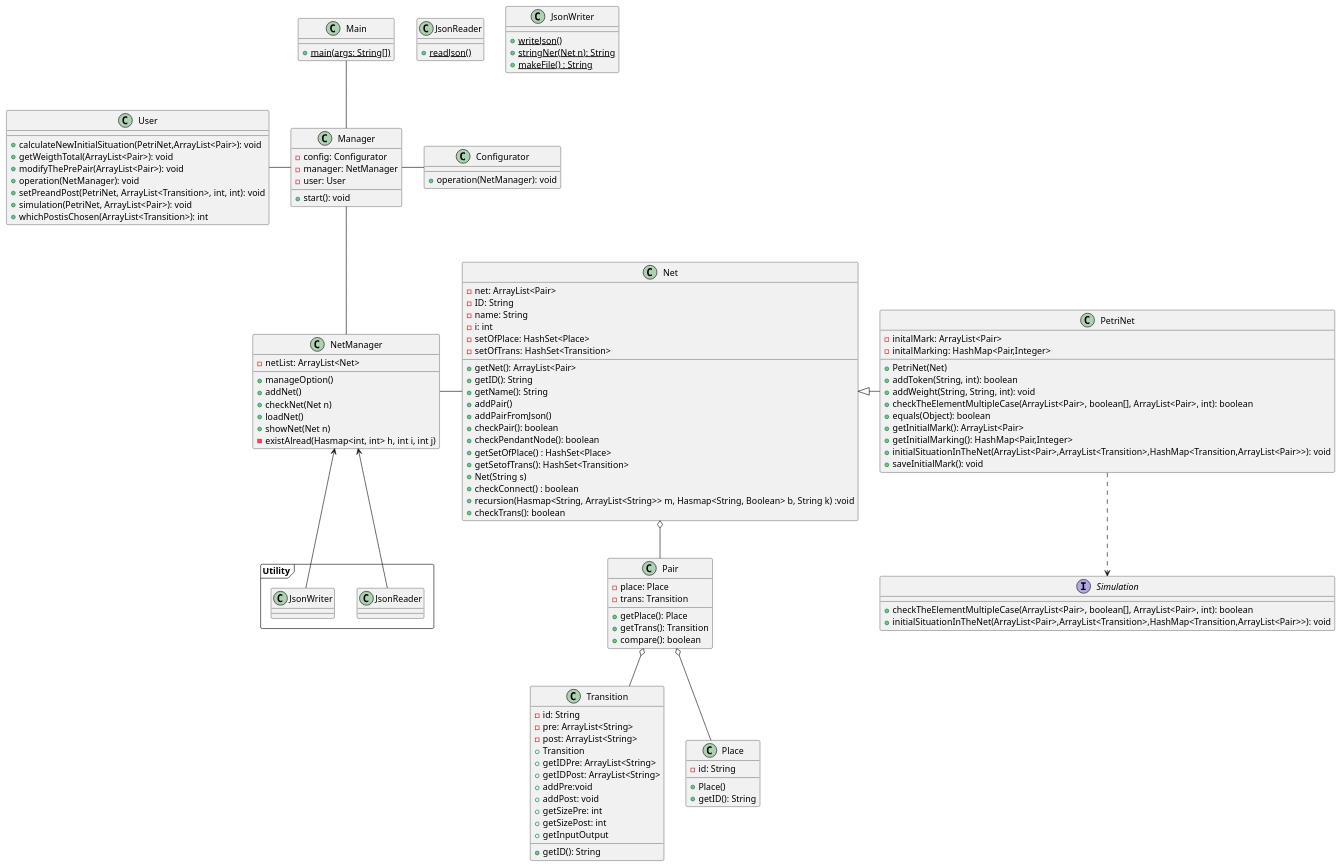
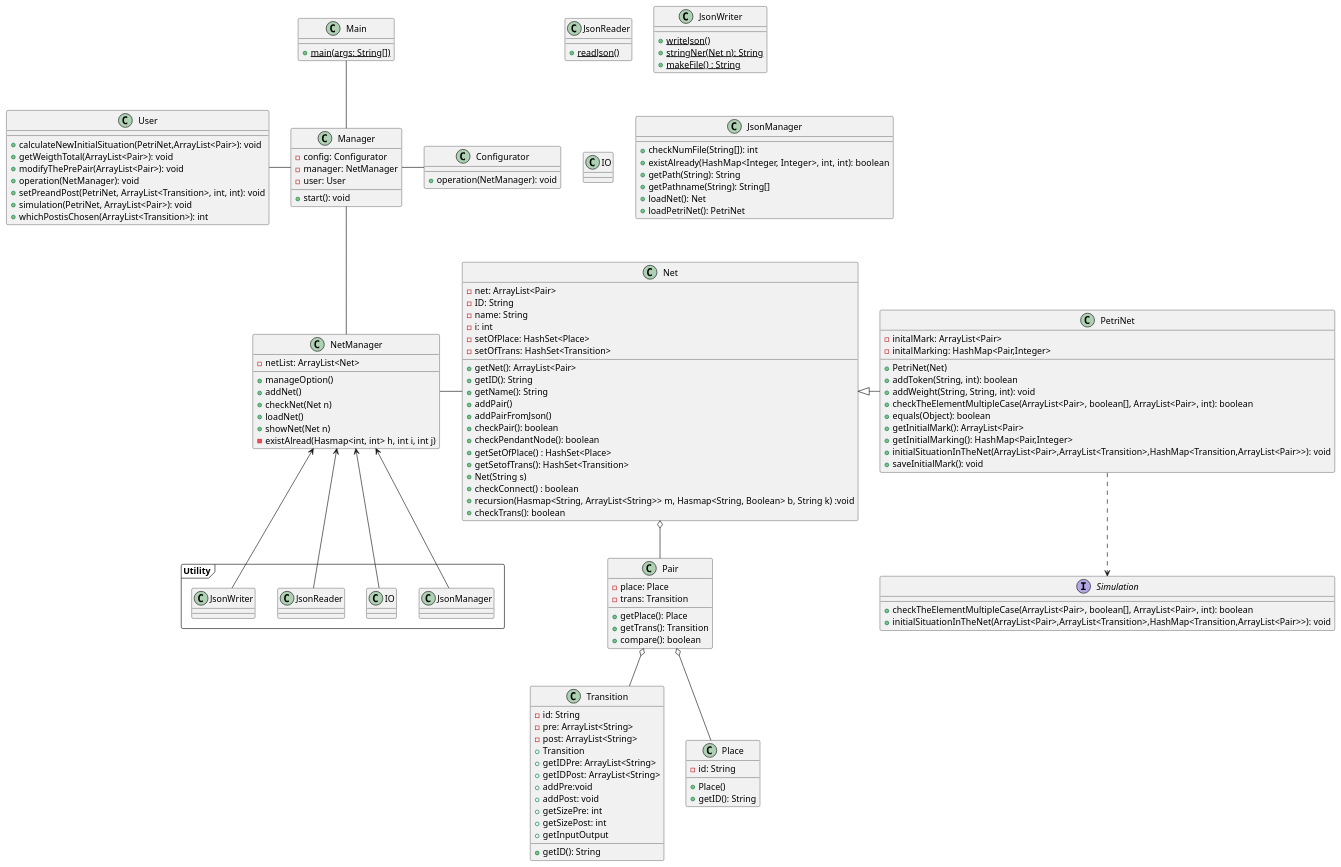
The diagram in UML_v3.puml (ilNick99/Project_IS_v3), drawn with PlantUML before and after one commit. The commit also changed 4 other files, not shown here.

Commit message:
Completata java doc dei metodi utility e aggiornato l'uml

```diff
--- a/UML_v3.puml
+++ b/UML_v3.puml
@@ -1,133 +1,147 @@
 @startuml
 
 Main -- Manager
 Manager -Left- User
 Manager -- NetManager
 Manager -Right- Configurator
 NetManager -Right- Net
 Net <|-Right- PetriNet
 PetriNet ..> Simulation
 Net o-Down- Pair
 Pair o-- Transition
 Pair o-- Place
 package Utility <<frame>>{
 NetManager <-- JsonReader
 NetManager <-- JsonWriter
+NetManager <- JsonManager
+NetManager <-Left- IO
 }
 class Main {
 + {static} main(args: String[])
 }
 
 class Net {
 - net: ArrayList<Pair>
 - ID: String
 - name: String
 - i: int
 - setOfPlace: HashSet<Place>
 - setOfTrans: HashSet<Transition>
 + getNet(): ArrayList<Pair>
 + getID(): String
 + getName(): String
 + addPair()
 + addPairFromJson()
 + checkPair(): boolean
 + checkPendantNode(): boolean
 + getSetOfPlace() : HashSet<Place>
 + getSetofTrans(): HashSet<Transition>
 + Net(String s)
 + checkConnect() : boolean
 + recursion(Hasmap<String, ArrayList<String>> m, Hasmap<String, Boolean> b, String k) :void
 + checkTrans(): boolean
 }
 
 class NetManager {
 - netList: ArrayList<Net>
 + manageOption()
 + addNet()
 + checkNet(Net n)
 + loadNet()
 + showNet(Net n)
 - existAlread(Hasmap<int, int> h, int i, int j)
 
 }
 
 class Pair {
 - place: Place
 - trans: Transition
 + getPlace(): Place
 + getTrans(): Transition
 + compare(): boolean
 }
 
 class Place {
 - id: String
 + Place()
 + getID(): String
 }
 
 class Transition {
 - id: String
 -pre: ArrayList<String>
 -post: ArrayList<String>
 + getID(): String
 + Transition
 + getIDPre: ArrayList<String>
 + getIDPost: ArrayList<String>
 + addPre:void
 + addPost: void
 + getSizePre: int
 + getSizePost: int
 + getInputOutput
 }
 
 class JsonReader {
 + {static} readJson()
 }
 
 class JsonWriter {
 + {static} writeJson()
 + {static} stringNer(Net n): String
 + {static} makeFile() : String
 }
 
 class PetriNet {
 - initalMark: ArrayList<Pair>
 - initalMarking: HashMap<Pair,Integer>
 + PetriNet(Net)
 + addToken(String, int): boolean
 + addWeight(String, String, int): void
 + checkTheElementMultipleCase(ArrayList<Pair>, boolean[], ArrayList<Pair>, int): boolean
 + equals(Object): boolean
 + getInitialMark(): ArrayList<Pair>
 + getInitialMarking(): HashMap<Pair,Integer>
 + initialSituationInTheNet(ArrayList<Pair>,ArrayList<Transition>,HashMap<Transition,ArrayList<Pair>>): void
 + saveInitialMark(): void
 }
 
 interface Simulation {
 + checkTheElementMultipleCase(ArrayList<Pair>, boolean[], ArrayList<Pair>, int): boolean
 + initialSituationInTheNet(ArrayList<Pair>,ArrayList<Transition>,HashMap<Transition,ArrayList<Pair>>): void
 }
 
 class Manager {
 - config: Configurator
 - manager: NetManager
 - user: User
 + start(): void
 }
 
 class User {
 + calculateNewInitialSituation(PetriNet,ArrayList<Pair>): void
 + getWeigthTotal(ArrayList<Pair>): void
 + modifyThePrePair(ArrayList<Pair>): void
 + operation(NetManager): void
 + setPreandPost(PetriNet, ArrayList<Transition>, int, int): void
 + simulation(PetriNet, ArrayList<Pair>): void
 + whichPostisChosen(ArrayList<Transition>): int
 }
 
+class IO {
+}
+
+class JsonManager {
++ checkNumFile(String[]): int
++ existAlready(HashMap<Integer, Integer>, int, int): boolean
++ getPath(String): String
++ getPathname(String): String[]
++ loadNet(): Net
++ loadPetriNet(): PetriNet
+}
+
 class Configurator {
 + operation(NetManager): void
 }
 
 @enduml
```
